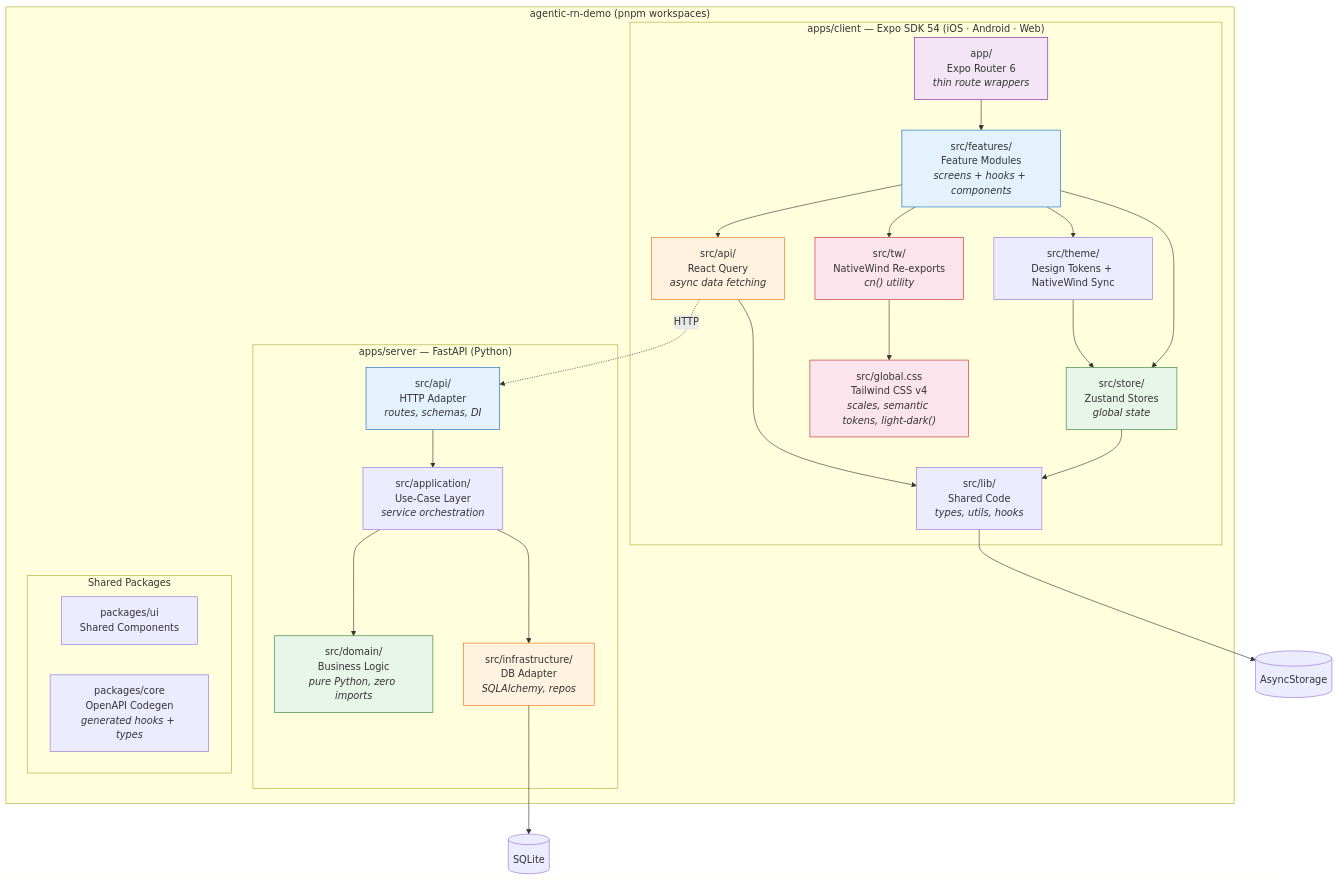
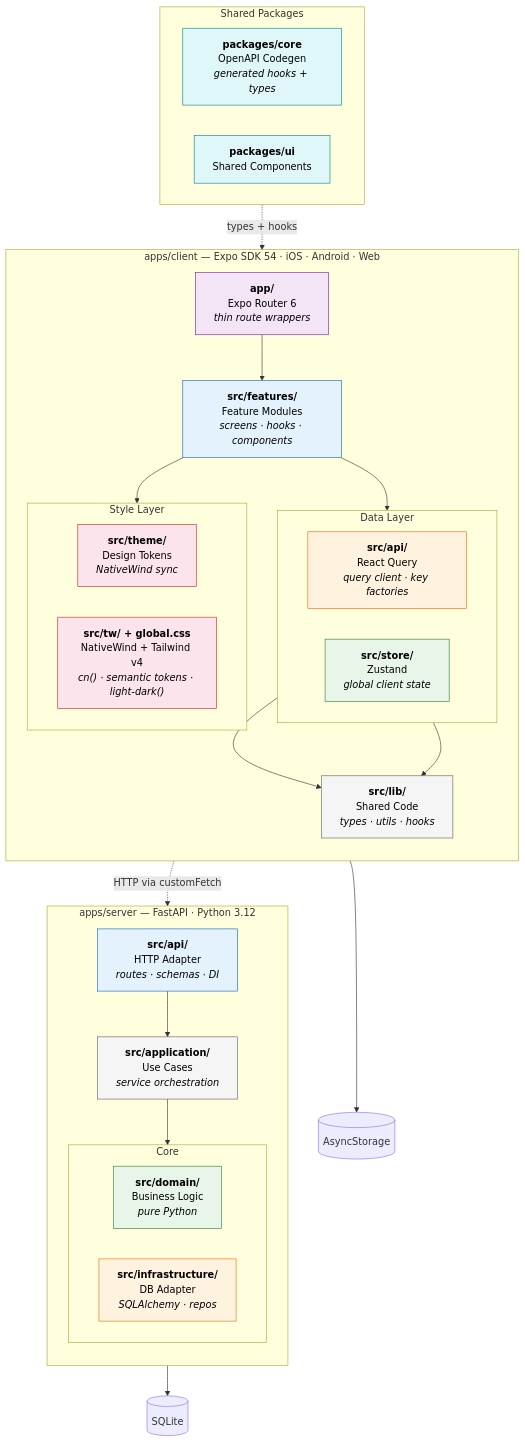
The first of 5 diagrams in docs/ARCHITECTURE.md (RDOToole89/agentic-rn-demo), drawn with Mermaid before and after one commit. The commit also changed 9 other files, not shown here.

First line of the commit message:
docs(mono): sync board, archive done stories, add API AGENTS.md

````diff
--- a/docs/ARCHITECTURE.md
+++ b/docs/ARCHITECTURE.md
@@ -18,53 +18,68 @@
 ```mermaid
-graph TB
-    subgraph Monorepo["agentic-rn-demo (pnpm workspaces)"]
-        subgraph Client["apps/client — Expo SDK 54 (iOS · Android · Web)"]
-            Router["app/<br/>Expo Router 6<br/><i>thin route wrappers</i>"]
-            Features["src/features/<br/>Feature Modules<br/><i>screens + hooks + components</i>"]
-            Store["src/store/<br/>Zustand Stores<br/><i>global state</i>"]
-            ClientAPI["src/api/<br/>React Query<br/><i>async data fetching</i>"]
-            Lib["src/lib/<br/>Shared Code<br/><i>types, utils, hooks</i>"]
-            Theme["src/theme/<br/>Design Tokens + NativeWind Sync"]
-            TW["src/tw/<br/>NativeWind Re-exports<br/><i>cn() utility</i>"]
-            CSS["src/global.css<br/>Tailwind CSS v4<br/><i>scales, semantic tokens, light-dark()</i>"]
+flowchart TD
+    subgraph Client["apps/client — Expo SDK 54 · iOS · Android · Web"]
+        direction TB
+        Router["<b>app/</b><br/>Expo Router 6<br/><i>thin route wrappers</i>"]
+
+        Features["<b>src/features/</b><br/>Feature Modules<br/><i>screens · hooks · components</i>"]
+
+        subgraph Data["Data Layer"]
+            direction LR
+            ClientAPI["<b>src/api/</b><br/>React Query<br/><i>query client · key factories</i>"]
+            Store["<b>src/store/</b><br/>Zustand<br/><i>global client state</i>"]
         end
-        subgraph Server["apps/server — FastAPI (Python)"]
-            ServerAPI["src/api/<br/>HTTP Adapter<br/><i>routes, schemas, DI</i>"]
-            AppLayer["src/application/<br/>Use-Case Layer<br/><i>service orchestration</i>"]
-            ServerDomain["src/domain/<br/>Business Logic<br/><i>pure Python, zero imports</i>"]
-            Infra["src/infrastructure/<br/>DB Adapter<br/><i>SQLAlchemy, repos</i>"]
+
+        subgraph Style["Style Layer"]
+            direction LR
+            Theme["<b>src/theme/</b><br/>Design Tokens<br/><i>NativeWind sync</i>"]
+            TW["<b>src/tw/ + global.css</b><br/>NativeWind + Tailwind v4<br/><i>cn() · semantic tokens · light-dark()</i>"]
         end
-        subgraph Packages["Shared Packages"]
-            UI["packages/ui<br/>Shared Components"]
-            Core["packages/core<br/>OpenAPI Codegen<br/><i>generated hooks + types</i>"]
-        end
+
+        Lib["<b>src/lib/</b><br/>Shared Code<br/><i>types · utils · hooks</i>"]
+
+        Router --> Features
+        Features --> Data
+        Features --> Style
+        Store --> Lib
+        ClientAPI --> Lib
     end
 
-    Router --> Features
-    Features --> Store
-    Features --> ClientAPI
-    Features --> TW
-    Features --> Theme
-    Store --> Lib
-    ClientAPI --> Lib
-    Theme --> Store
-    TW --> CSS
-    Lib --> AsyncStorage[(AsyncStorage)]
+    subgraph Server["apps/server — FastAPI · Python 3.12"]
+        direction TB
+        ServerAPI["<b>src/api/</b><br/>HTTP Adapter<br/><i>routes · schemas · DI</i>"]
+        AppLayer["<b>src/application/</b><br/>Use Cases<br/><i>service orchestration</i>"]
 
-    ServerAPI --> AppLayer
-    AppLayer --> ServerDomain
-    AppLayer --> Infra
-    Infra --> SQLite[(SQLite)]
+        subgraph Core_Server["Core"]
+            direction LR
+            ServerDomain["<b>src/domain/</b><br/>Business Logic<br/><i>pure Python</i>"]
+            Infra["<b>src/infrastructure/</b><br/>DB Adapter<br/><i>SQLAlchemy · repos</i>"]
+        end
 
-    ClientAPI -.->|HTTP| ServerAPI
+        ServerAPI --> AppLayer --> Core_Server
+    end
 
-    style Store fill:#e8f5e9,stroke:#2e7d32
-    style ServerDomain fill:#e8f5e9,stroke:#2e7d32
-    style ClientAPI fill:#fff3e0,stroke:#ef6c00
-    style Infra fill:#fff3e0,stroke:#ef6c00
-    style Features fill:#e3f2fd,stroke:#1565c0
-    style ServerAPI fill:#e3f2fd,stroke:#1565c0
-    style Router fill:#f3e5f5,stroke:#7b1fa2
-    style CSS fill:#fce4ec,stroke:#c62828
-    style TW fill:#fce4ec,stroke:#c62828
+    subgraph Packages["Shared Packages"]
+        direction LR
+        Core["<b>packages/core</b><br/>OpenAPI Codegen<br/><i>generated hooks + types</i>"]
+        UI["<b>packages/ui</b><br/>Shared Components"]
+    end
+
+    Lib --> AS[(AsyncStorage)]
+    Infra --> DB[(SQLite)]
+    ClientAPI -. "HTTP via customFetch" .-> ServerAPI
+    Core -. "types + hooks" .-> ClientAPI
+
+    style Router fill:#f3e5f5,stroke:#7b1fa2,color:#000
+    style Features fill:#e3f2fd,stroke:#1565c0,color:#000
+    style ClientAPI fill:#fff3e0,stroke:#ef6c00,color:#000
+    style Store fill:#e8f5e9,stroke:#2e7d32,color:#000
+    style Theme fill:#fce4ec,stroke:#c62828,color:#000
+    style TW fill:#fce4ec,stroke:#c62828,color:#000
+    style Lib fill:#f5f5f5,stroke:#616161,color:#000
+    style ServerAPI fill:#e3f2fd,stroke:#1565c0,color:#000
+    style AppLayer fill:#f5f5f5,stroke:#616161,color:#000
+    style ServerDomain fill:#e8f5e9,stroke:#2e7d32,color:#000
+    style Infra fill:#fff3e0,stroke:#ef6c00,color:#000
+    style Core fill:#e0f7fa,stroke:#00838f,color:#000
+    style UI fill:#e0f7fa,stroke:#00838f,color:#000
 ```
````
